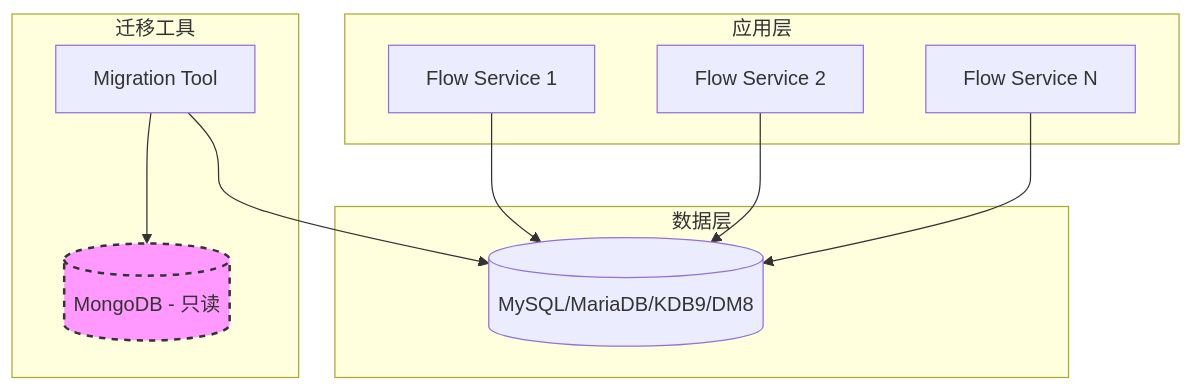
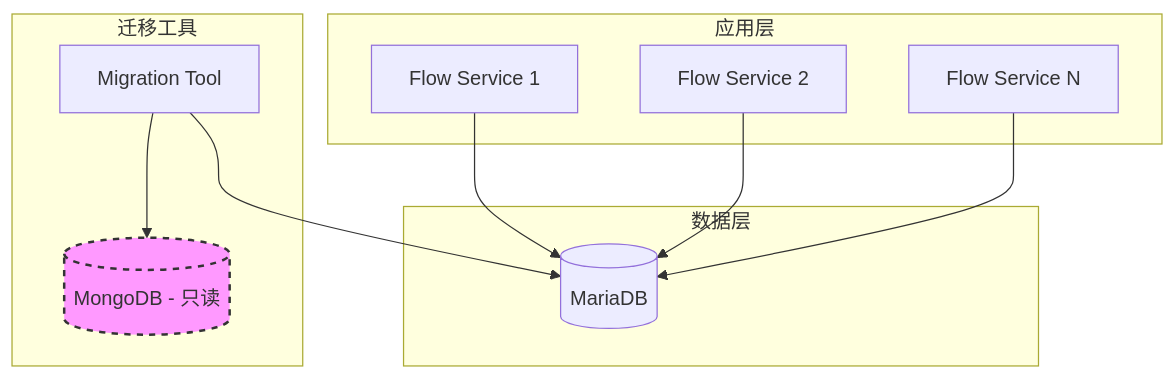
One commit to kweaver-ai/adp changed diagram 11 of 11 in dataflow/flow-automation/docs/features/#262 Mongodb迁移至Mariadb/#262 Mongodb迁移至Mariadb.md. Above: the diagram before and after it, drawn with Mermaid. The commit also changed other lines of this file and 3 other files, not shown here.

````diff
--- a/dataflow/flow-automation/docs/features/#262 Mongodb迁移至Mariadb/#262 Mongodb迁移至Mariadb.md
+++ b/dataflow/flow-automation/docs/features/#262 Mongodb迁移至Mariadb/#262 Mongodb迁移至Mariadb.md
@@ -982,26 +983,26 @@
 ```mermaid
 graph TB
     subgraph "应用层"
         App1[Flow Service 1]
         App2[Flow Service 2]
         App3[Flow Service N]
     end
 
     subgraph "数据层"
-        MySQL[(MySQL/MariaDB/KDB9/DM8)]
+        MariaDB[(MariaDB)]
     end
 
     subgraph "迁移工具"
         MigTool[Migration Tool]
         MongoDB[(MongoDB - 只读)]
     end
 
-    App1 --> MySQL
-    App2 --> MySQL
-    App3 --> MySQL
+    App1 --> MariaDB
+    App2 --> MariaDB
+    App3 --> MariaDB
 
     MigTool --> MongoDB
-    MigTool --> MySQL
+    MigTool --> MariaDB
 
     style MongoDB fill:#f9f,stroke:#333,stroke-width:2px,stroke-dasharray: 5 5
 ```
````
